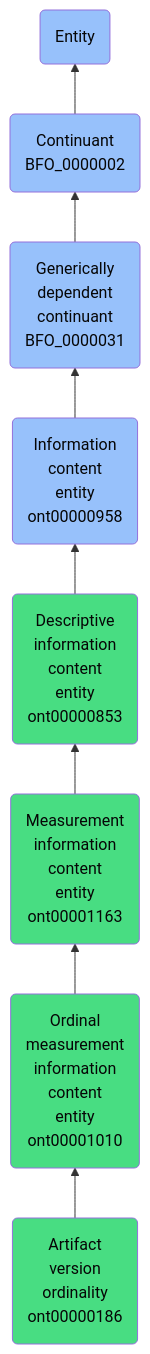
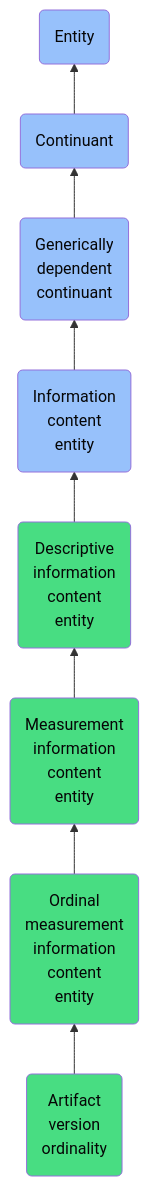
The diagram in docs/ontology/reference/model/Entity/Continuant/Generically dependent continuant/Information content entity/Descriptive information content entity/Measurement information content entity/Ordinal measurement information content entity/Artifact version ordinality/Artifact version ordinality.md (jupyter-naas/abi), drawn with Mermaid before and after one commit. The commit also changed other lines of this file and 1430 other files, not shown here.

````diff
--- a/docs/ontology/reference/model/Entity/Continuant/Generically dependent continuant/Information content entity/Descriptive information content entity/Measurement information content entity/Ordinal measurement information content entity/Artifact version ordinality/Artifact version ordinality.md
+++ b/docs/ontology/reference/model/Entity/Continuant/Generically dependent continuant/Information content entity/Descriptive information content entity/Measurement information content entity/Ordinal measurement information content entity/Artifact version ordinality/Artifact version ordinality.md
@@ -24,15 +24,15 @@
 ```mermaid
 graph BT
-    ont00000186(Artifact<br>version<br>ordinality<br>ont00000186):::ABI-->ont00001010
-    ont00001010(Ordinal<br>measurement<br>information<br>content<br>entity<br>ont00001010):::ABI-->ont00001163
-    ont00001163(Measurement<br>information<br>content<br>entity<br>ont00001163):::ABI-->ont00000853
-    ont00000853(Descriptive<br>information<br>content<br>entity<br>ont00000853):::ABI-->ont00000958
-    ont00000958(Information<br>content<br>entity<br>ont00000958):::BFO-->BFO_0000031
-    BFO_0000031(Generically<br>dependent<br>continuant<br>BFO_0000031):::BFO-->BFO_0000002
-    BFO_0000002(Continuant<br>BFO_0000002):::BFO-->BFO_0000001
+    ont00000186(Artifact<br>version<br>ordinality):::ABI-->ont00001010
+    ont00001010(Ordinal<br>measurement<br>information<br>content<br>entity):::ABI-->ont00001163
+    ont00001163(Measurement<br>information<br>content<br>entity):::ABI-->ont00000853
+    ont00000853(Descriptive<br>information<br>content<br>entity):::ABI-->ont00000958
+    ont00000958(Information<br>content<br>entity):::BFO-->BFO_0000031
+    BFO_0000031(Generically<br>dependent<br>continuant):::BFO-->BFO_0000002
+    BFO_0000002(Continuant):::BFO-->BFO_0000001
     BFO_0000001(Entity):::BFO
     
     classDef BFO fill:#97c1fb,color:#060606
     classDef CCO fill:#e4c51e,color:#060606
     classDef ABI fill:#48DD82,color:#060606
 ```
````
